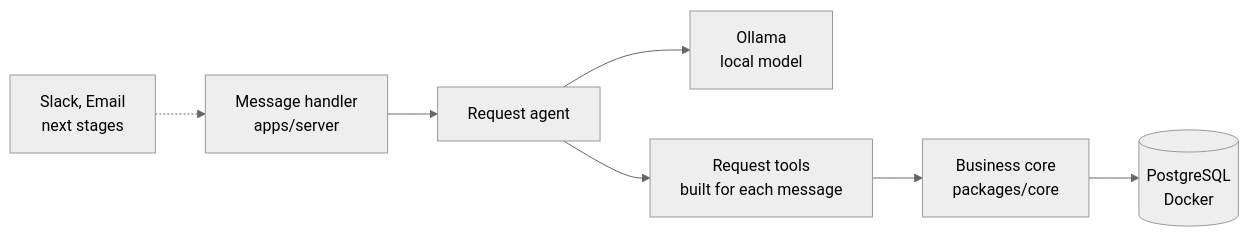
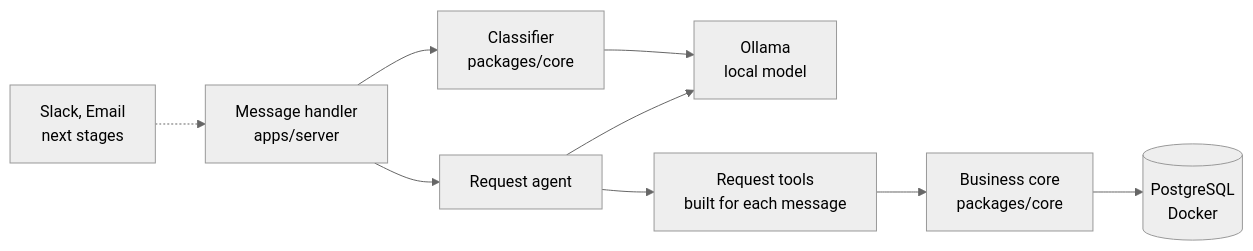
Before and after one commit to Alvi16/Request-agent: the diagram in README.md, drawn with Mermaid (neutral theme). The commit also changed other lines of this file and 2 other files, not shown here.

````diff
--- a/README.md
+++ b/README.md
@@ -25,9 +25,11 @@
 ```mermaid
 flowchart LR
     Channels["Slack, Email<br/>next stages"] -.-> Handler["Message handler<br/>apps/server"]
+    Handler --> Classifier["Classifier<br/>packages/core"]
+    Classifier --> Ollama
     Handler --> Agent[Request agent]
     Agent --> Ollama["Ollama<br/>local model"]
     Agent --> Tools["Request tools<br/>built for each message"]
     Tools --> Core["Business core<br/>packages/core"]
     Core --> Postgres[("PostgreSQL<br/>Docker")]
 ```
````
